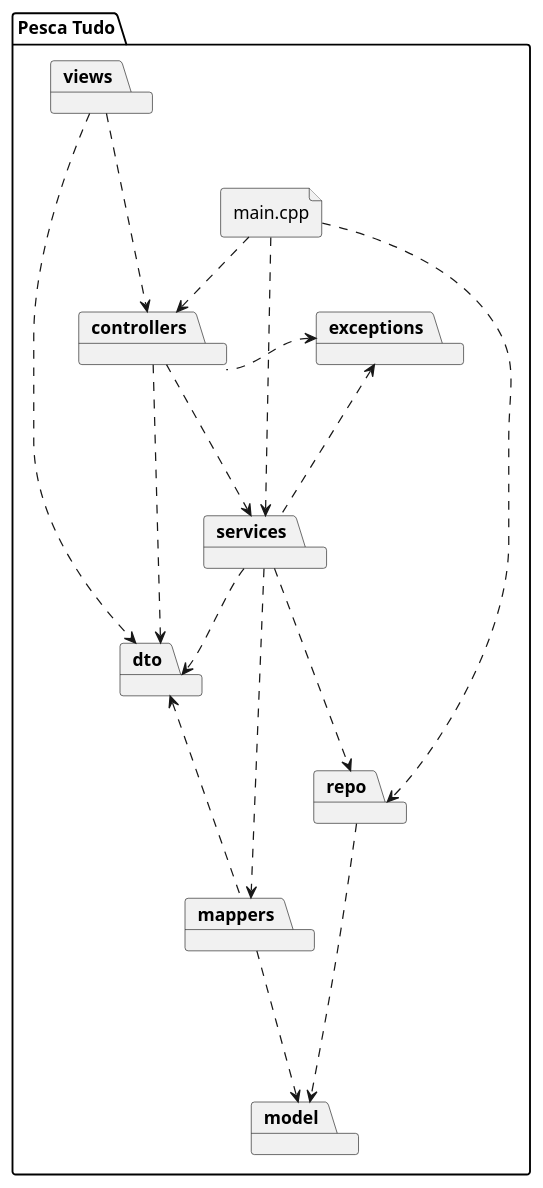
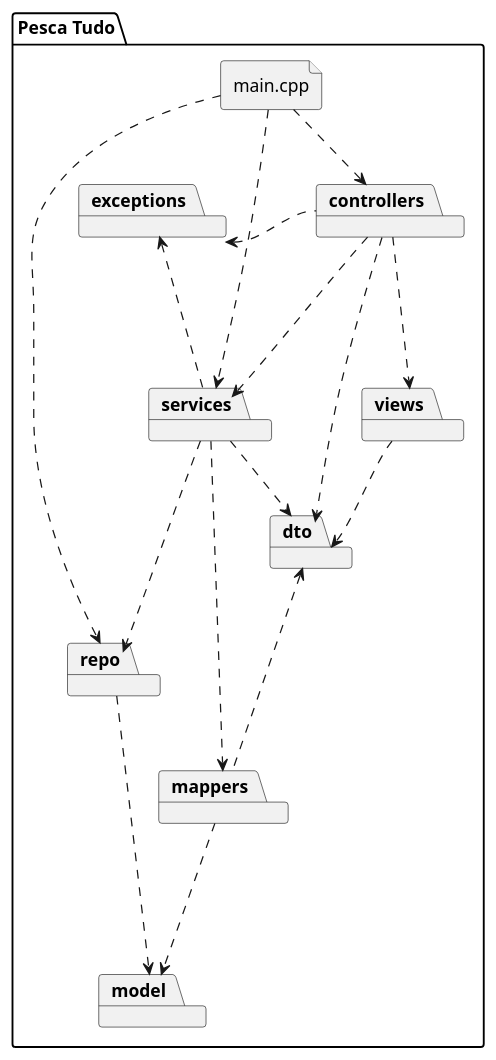
Before and after one commit to goncalomaia18/fsoft2026_1DC_2: the diagram in Documentation/Iteratiton2/puml/Package Diagram.puml, drawn with PlantUML. The commit also changed 11 other files, not shown here.

Commit message:
diagramas

```diff
--- a/Documentation/Iteratiton2/puml/Package Diagram.puml
+++ b/Documentation/Iteratiton2/puml/Package Diagram.puml
@@ -1,44 +1,44 @@
 @startuml
 ' Define a pasta exterior
 package "Pesca Tudo" {
 
     ' Define o ficheiro com o formato característico
     file "main.cpp" as main
 
     ' Define os pacotes internos
     package views
     package controllers
     package exceptions
     package services
     package repo
     package dto
     package mappers
     package model
 
     ' --- Ligações da coluna central (de cima para baixo) ---
-    views ..down.> controllers
+    controllers ..down.> views
     controllers ..down.> services
     services ..down.> repo
 
     ' --- Ligações do main.cpp ---
     main ..> controllers
     main ..down.> services
     main ..down.> repo
 
     ' --- Ligações para as Exceptions (à esquerda) ---
     controllers .left.> exceptions
     services .left.> exceptions
 
     ' --- Ligações para a coluna da direita ---
     views ..> dto
     controllers ..> dto
     services ..> dto
     services ..> mappers
 
     ' --- Ligações da coluna da direita (Mappers, DTO e Model) ---
     mappers ..up.> dto
     mappers ..down.> model
     repo ..> model
 
 }
 @enduml
```
